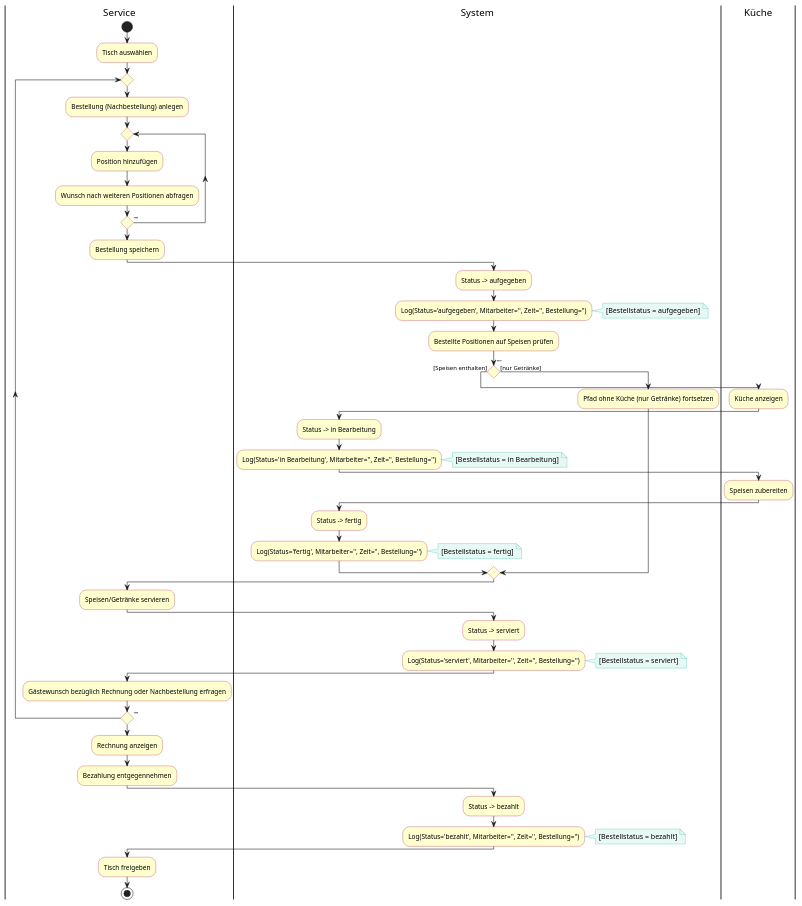
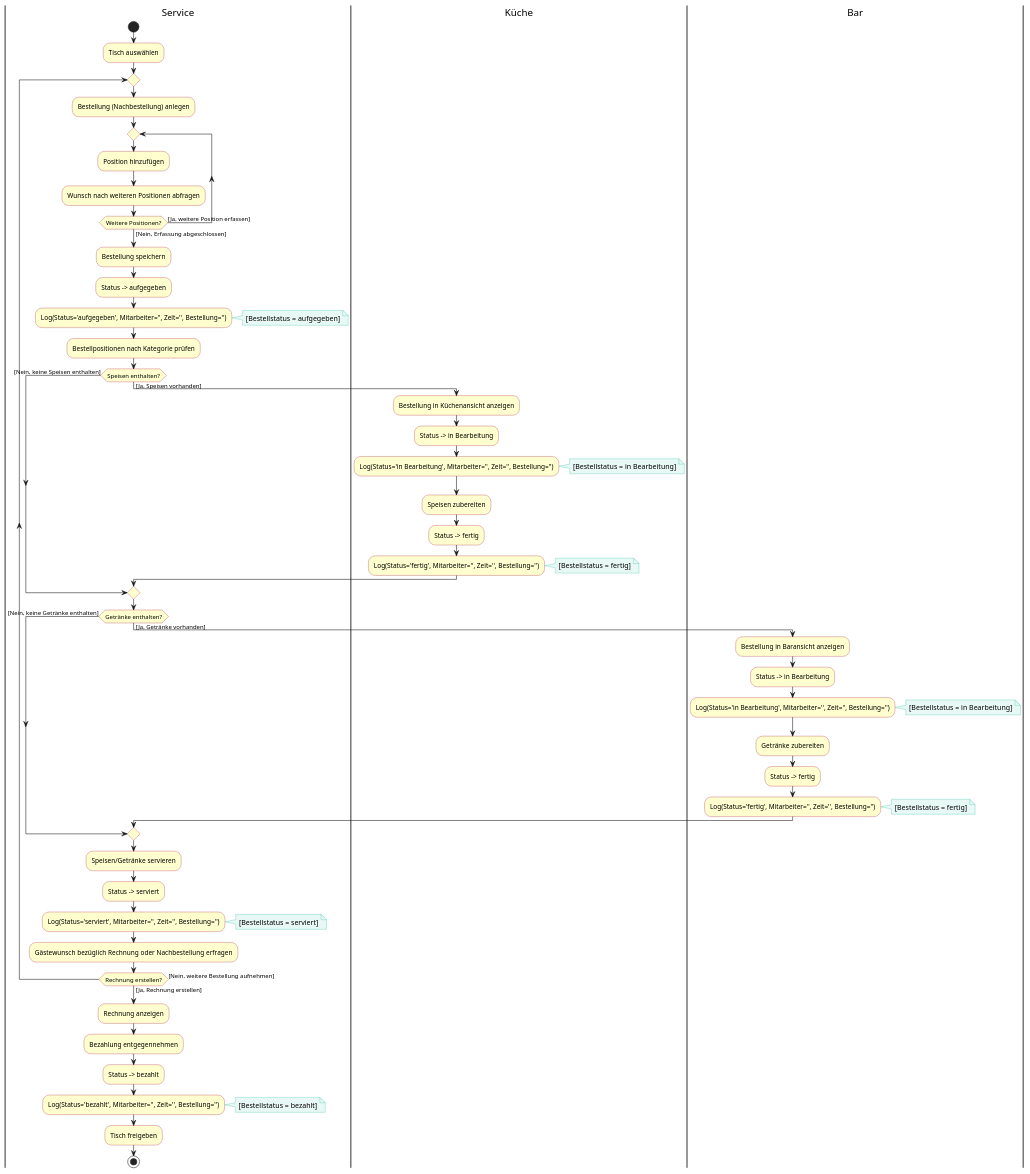
One commit to niki356565rt/LF10-Projekt changed the diagram in docs/07-uml-aktivitaetsdiagramm-bestellprozess.puml. Above: the diagram before and after it, drawn with PlantUML. The commit also changed 52 other files, not shown here.

```diff
--- a/docs/07-uml-aktivitaetsdiagramm-bestellprozess.puml
+++ b/docs/07-uml-aktivitaetsdiagramm-bestellprozess.puml
@@ -1,75 +1,75 @@
 @startuml
 skinparam DefaultFontName Arial
 skinparam ActivityBackgroundColor #FEFECE
 skinparam ActivityBorderColor #A80036
 skinparam NoteBackgroundColor #E8F8F5
 skinparam NoteBorderColor #1ABC9C
-' Erzwingt echte Rauten (Diamonds) statt der PlantUML-Standard-Sechsecke
-skinparam conditionStyle diamond
+' Kein "skinparam conditionStyle diamond": dieser Parameter unterdrueckt in
+' PlantUML 1.2025.4 die Kantenbeschriftungen der repeat-while-Rauten.
+' Die Standarddarstellung zeichnet Entscheidungen ohnehin als klassische Raute.
 
 |Service|
 start
 :Tisch auswählen;
 
 repeat
   :Bestellung (Nachbestellung) anlegen;
-  
+
   repeat
     :Position hinzufügen;
     :Wunsch nach weiteren Positionen abfragen;
-  repeat while ("") is ([Ja]) not ([Nein])
-  
+  repeat while (Weitere Positionen?) is ([Ja, weitere Position erfassen]) not ([Nein, Erfassung abgeschlossen])
+
   :Bestellung speichern;
-
-  |System|
   :Status -> aufgegeben;
   :Log(Status='aufgegeben', Mitarbeiter='', Zeit='', Bestellung='');
   note right: [Bestellstatus = aufgegeben]
 
-  :Bestellte Positionen auf Speisen prüfen;
-  if ("") then ([Speisen enthalten])
+  :Bestellpositionen nach Kategorie prüfen;
+
+  if (Speisen enthalten?) then ([Ja, Speisen vorhanden])
     |Küche|
-    :Küche anzeigen;
-    
-    |System|
+    :Bestellung in Küchenansicht anzeigen;
     :Status -> in Bearbeitung;
     :Log(Status='in Bearbeitung', Mitarbeiter='', Zeit='', Bestellung='');
     note right: [Bestellstatus = in Bearbeitung]
-    
-    |Küche|
     :Speisen zubereiten;
-    
-    |System|
     :Status -> fertig;
     :Log(Status='fertig', Mitarbeiter='', Zeit='', Bestellung='');
     note right: [Bestellstatus = fertig]
-  else ([nur Getränke])
-    |System|
-    :Pfad ohne Küche (nur Getränke) fortsetzen;
+  else ([Nein, keine Speisen enthalten])
+  endif
+
+  |Service|
+  if (Getränke enthalten?) then ([Ja, Getränke vorhanden])
+    |Bar|
+    :Bestellung in Baransicht anzeigen;
+    :Status -> in Bearbeitung;
+    :Log(Status='in Bearbeitung', Mitarbeiter='', Zeit='', Bestellung='');
+    note right: [Bestellstatus = in Bearbeitung]
+    :Getränke zubereiten;
+    :Status -> fertig;
+    :Log(Status='fertig', Mitarbeiter='', Zeit='', Bestellung='');
+    note right: [Bestellstatus = fertig]
+  else ([Nein, keine Getränke enthalten])
   endif
 
   |Service|
   :Speisen/Getränke servieren;
-
-  |System|
   :Status -> serviert;
   :Log(Status='serviert', Mitarbeiter='', Zeit='', Bestellung='');
   note right: [Bestellstatus = serviert]
 
-  |Service|
   :Gästewunsch bezüglich Rechnung oder Nachbestellung erfragen;
-repeat while ("") is ([weitere Bestellung]) not ([Rechnung erstellen])
+repeat while (Rechnung erstellen?) is ([Nein, weitere Bestellung aufnehmen]) not ([Ja, Rechnung erstellen])
 
 :Rechnung anzeigen;
 :Bezahlung entgegennehmen;
-
-|System|
 :Status -> bezahlt;
 :Log(Status='bezahlt', Mitarbeiter='', Zeit='', Bestellung='');
 note right: [Bestellstatus = bezahlt]
 
-|Service|
 :Tisch freigeben;
 
 stop
 @enduml
```
